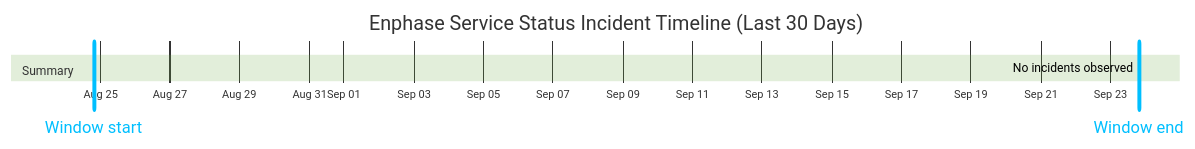
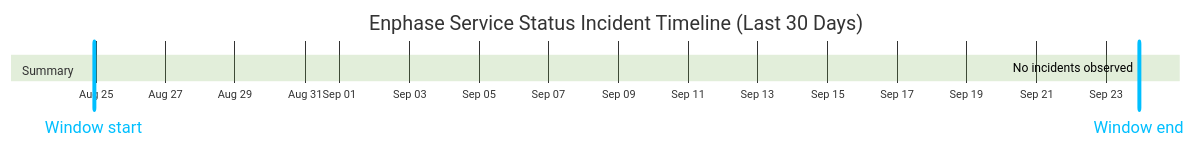
The diagram in wiki/Service-Status-History.md (barneyonline/ha-enphase-energy), drawn with Mermaid (forest theme) before and after one commit. The commit also changed other lines of this file and 3 other files, not shown here.

````diff
--- a/wiki/Service-Status-History.md
+++ b/wiki/Service-Status-History.md
@@ -14,10 +14,10 @@
 ```mermaid
 gantt
     title Enphase Service Status Incident Timeline (Last 30 Days)
     dateFormat  YYYY-MM-DDTHH:mm:ss
     axisFormat  %b %d
-    Window start :vert, window-start, 2026-08-24T19:44:59, 0ms
-    Window end :vert, window-end, 2026-09-23T19:44:59, 0ms
+    Window start :vert, window-start, 2026-08-24T22:40:59, 0ms
+    Window end :vert, window-end, 2026-09-23T22:40:59, 0ms
     section Summary
-    No incidents observed :done, 2026-09-23T19:44:59, 1m
+    No incidents observed :done, 2026-09-23T22:40:59, 1m
 ```
````
